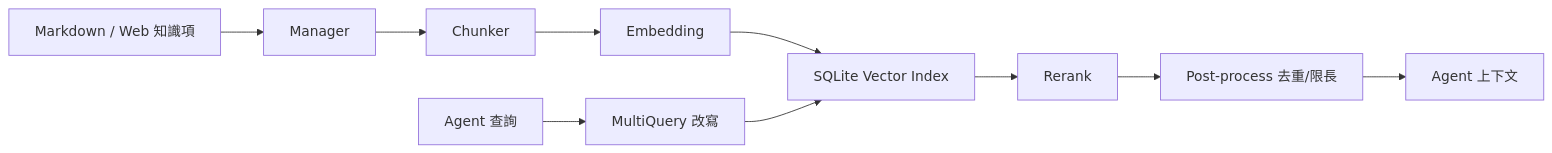
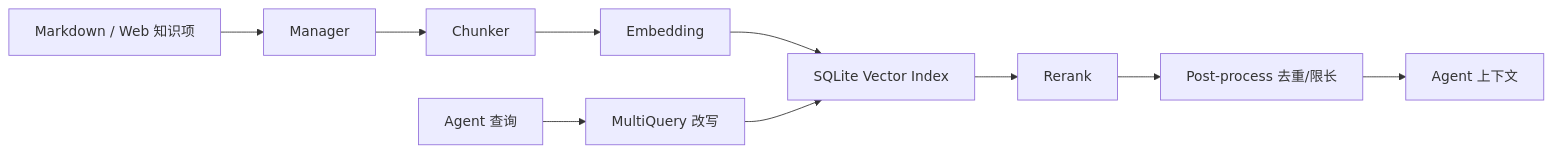
The diagram in docs/zh-CN/knowledge-base.md (TIAN0517/JySecAI), drawn with Mermaid before and after one commit. The commit also changed other lines of this file and 1227 other files, not shown here.

````diff
--- a/docs/zh-CN/knowledge-base.md
+++ b/docs/zh-CN/knowledge-base.md
@@ -186,12 +186,12 @@
 ```mermaid
 flowchart LR
-    F["Markdown / Web 知識項"] --> M["Manager"]
+    F["Markdown / Web 知识项"] --> M["Manager"]
     M --> C["Chunker"]
     C --> E["Embedding"]
     E --> V["SQLite Vector Index"]
-    Q["Agent 查詢"] --> MQ["MultiQuery 改寫"]
+    Q["Agent 查询"] --> MQ["MultiQuery 改写"]
     MQ --> V
     V --> R["Rerank"]
-    R --> P["Post-process 去重/限長"]
+    R --> P["Post-process 去重/限长"]
     P --> A["Agent 上下文"]
 ```
````
